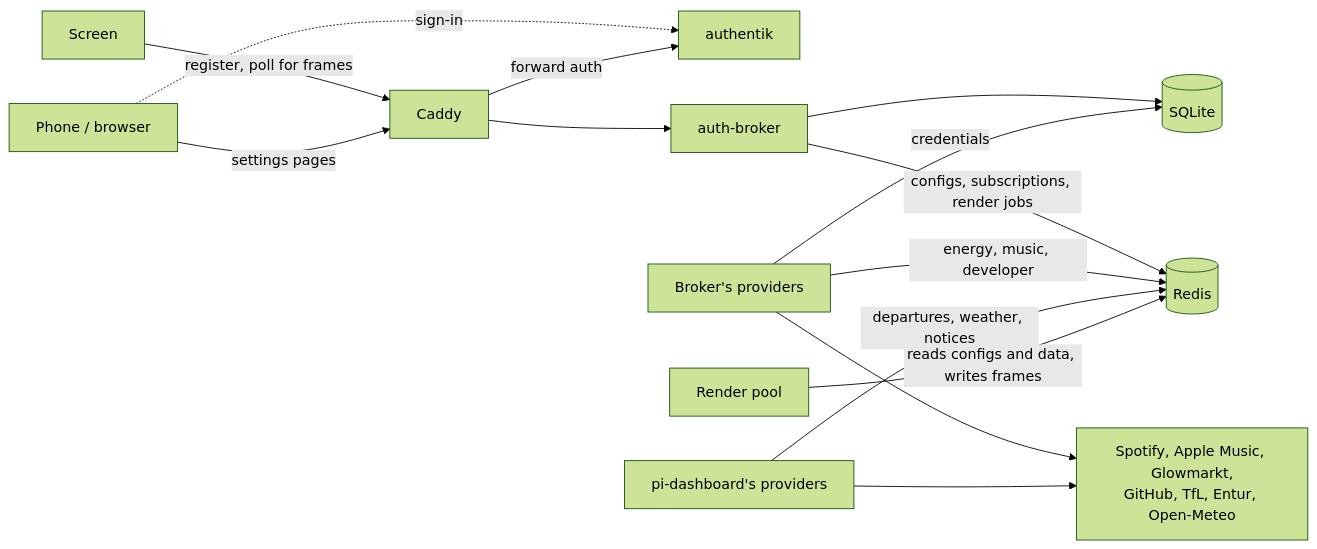
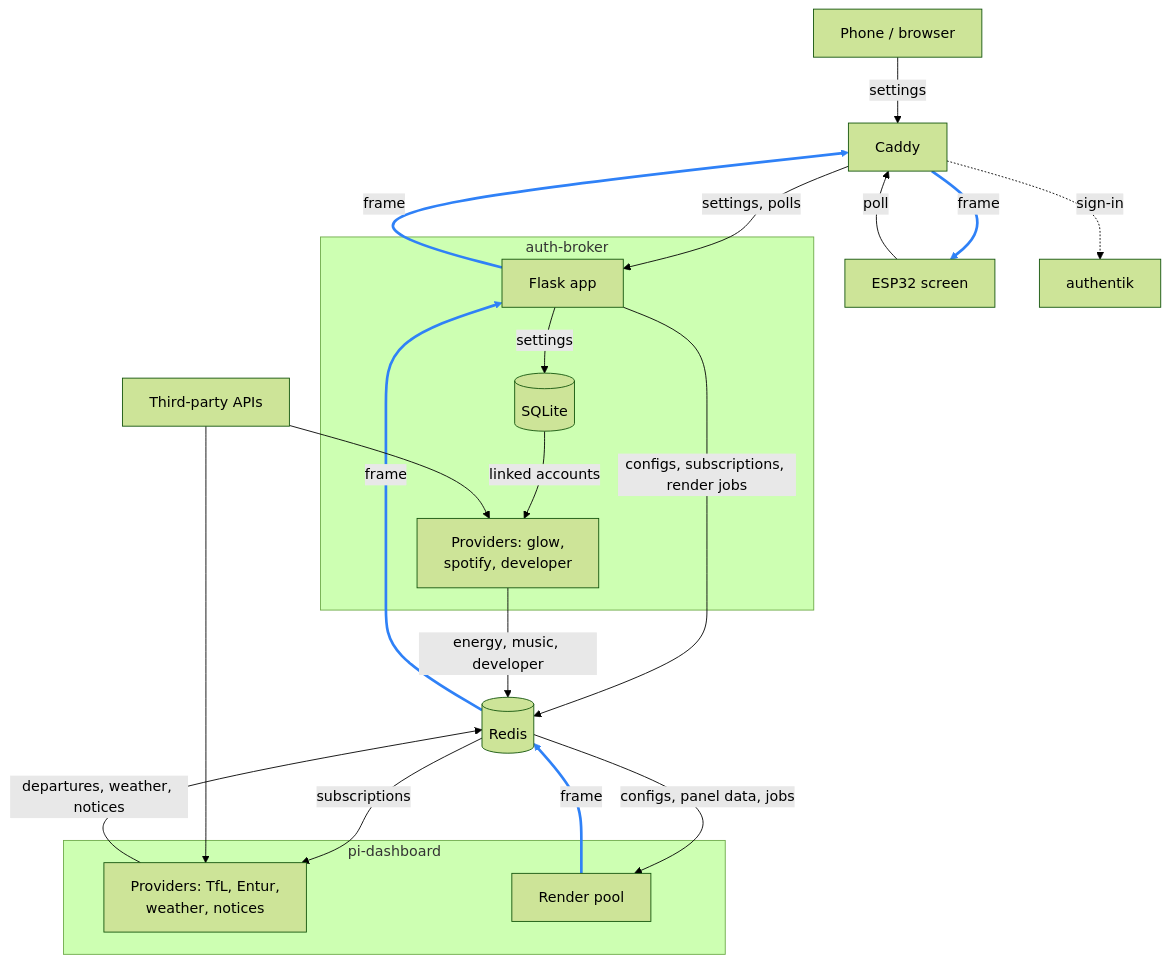
One commit to nvorkinn/auth-broker changed the first of 5 diagrams in docs/architecture.md. Above: the diagram before and after it, drawn with Mermaid (forest theme). The commit also changed other lines of this file, not shown here.

First line of the commit message:
Show the frame's way back to the screen, and split the setup flows

````diff
--- a/docs/architecture.md
+++ b/docs/architecture.md
@@ -23,28 +26,38 @@
 ```mermaid
-flowchart LR
-    ESP["Screen"]
+flowchart TB
     PH["Phone / browser"]
+    ESP["ESP32 screen"]
     CD["Caddy"]
     AK["authentik"]
-    BR["auth-broker"]
-    DB[("SQLite")]
+    subgraph broker["auth-broker"]
+        BR["Flask app"]
+        DB[("SQLite")]
+        BP["Providers: glow,<br/>spotify, developer"]
+    end
     RD[("Redis")]
-    BP["Broker's providers"]
-    PP["pi-dashboard's providers"]
-    RP["Render pool"]
-    API["Spotify, Apple Music, Glowmarkt,<br/>GitHub, TfL, Entur, Open-Meteo"]
+    subgraph pid["pi-dashboard"]
+        PP["Providers: TfL, Entur,<br/>weather, notices"]
+        RP["Render pool"]
+    end
+    API["Third-party APIs"]
 
-    ESP -- "register, poll for frames" --> CD
-    PH -- "settings pages" --> CD
-    PH -. "sign-in" .-> AK
-    CD -- "forward auth" --> AK
-    CD --> BR
-    BR --> DB
-    BP -- "credentials" --> DB
+    PH -- "settings" --> CD
+    CD -. "sign-in" .-> AK
+    ESP -- "poll" --> CD
+    CD -- "frame" --> ESP
+    CD -- "settings, polls" --> BR
+    BR -- "frame" --> CD
+    BR -- "settings" --> DB
+    DB -- "linked accounts" --> BP
     BR -- "configs, subscriptions, render jobs" --> RD
+    RD -- "frame" --> BR
     BP -- "energy, music, developer" --> RD
+    RD -- "subscriptions" --> PP
     PP -- "departures, weather, notices" --> RD
-    RP -- "reads configs and data, writes frames" --> RD
-    BP --> API
-    PP --> API
+    RD -- "configs, panel data, jobs" --> RP
+    RP -- "frame" --> RD
+    API --> BP
+    API --> PP
+
+    linkStyle 3,5,9,14 stroke:#2f81f7,stroke-width:3px
 ```
````
